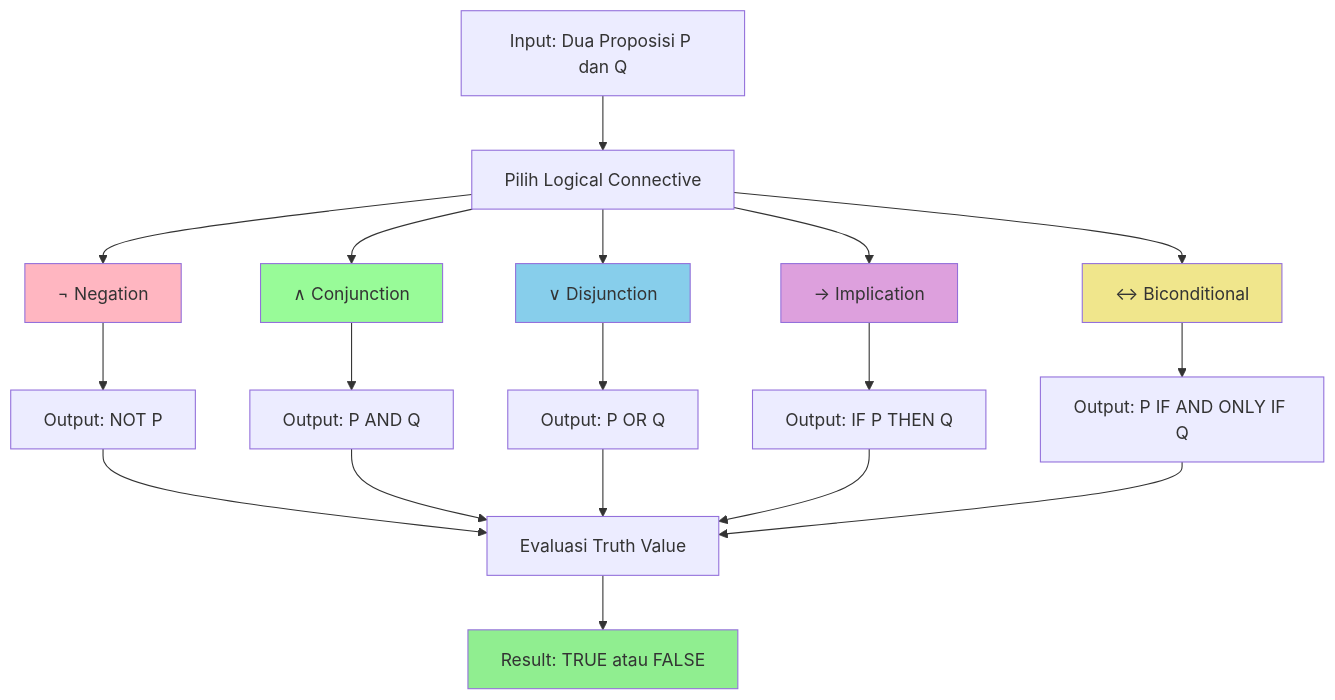
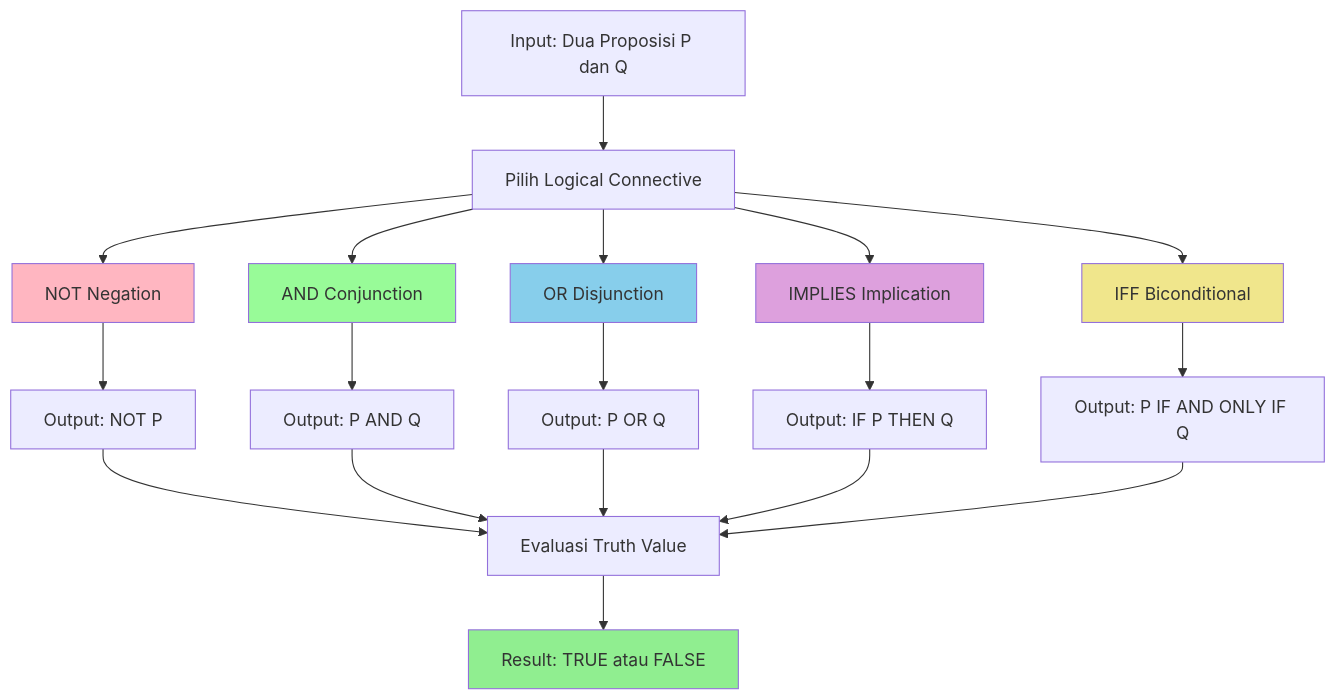
One commit to antonprafanto/logikamatematika changed the second of 6 diagrams in pertemuan2.md. Above: the diagram before and after it, drawn with Mermaid. The commit also changed other lines of this file, not shown here.

````diff
--- a/pertemuan2.md
+++ b/pertemuan2.md
@@ -267,31 +267,31 @@
 ```mermaid
 flowchart TD
     A[Input: Dua Proposisi P dan Q] --> B[Pilih Logical Connective]
     
-    B --> C[¬ Negation]
-    B --> D[∧ Conjunction]
-    B --> E[∨ Disjunction] 
-    B --> F[→ Implication]
-    B --> G[↔ Biconditional]
+    B --> C[NOT Negation]
+    B --> D[AND Conjunction]
+    B --> E[OR Disjunction] 
+    B --> F[IMPLIES Implication]
+    B --> G[IFF Biconditional]
     
     C --> C1[Output: NOT P]
     D --> D1[Output: P AND Q]
     E --> E1[Output: P OR Q]
     F --> F1[Output: IF P THEN Q]
     G --> G1[Output: P IF AND ONLY IF Q]
     
     C1 --> H[Evaluasi Truth Value]
     D1 --> H
     E1 --> H
     F1 --> H
     G1 --> H
     
     H --> I[Result: TRUE atau FALSE]
     
     style C fill:#FFB6C1
     style D fill:#98FB98
     style E fill:#87CEEB
     style F fill:#DDA0DD
     style G fill:#F0E68C
     style I fill:#90EE90
 ```
````
